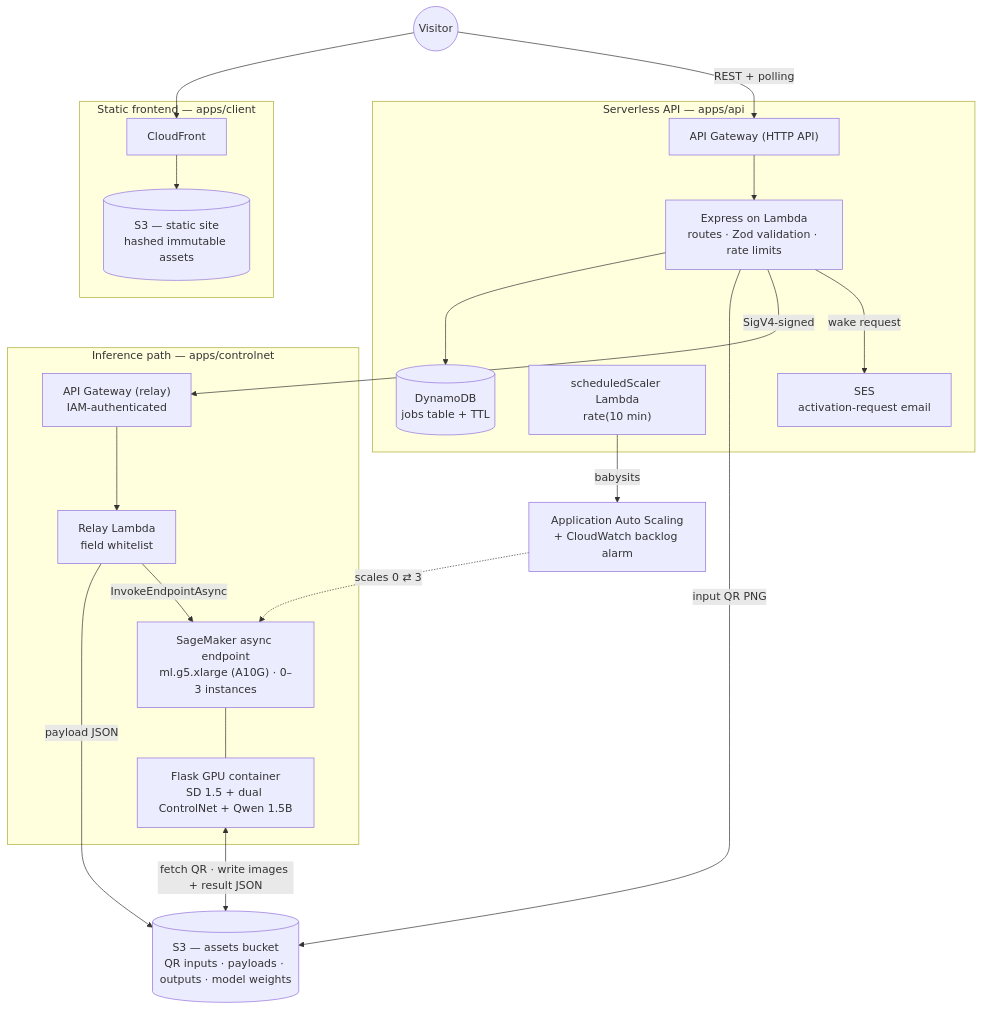
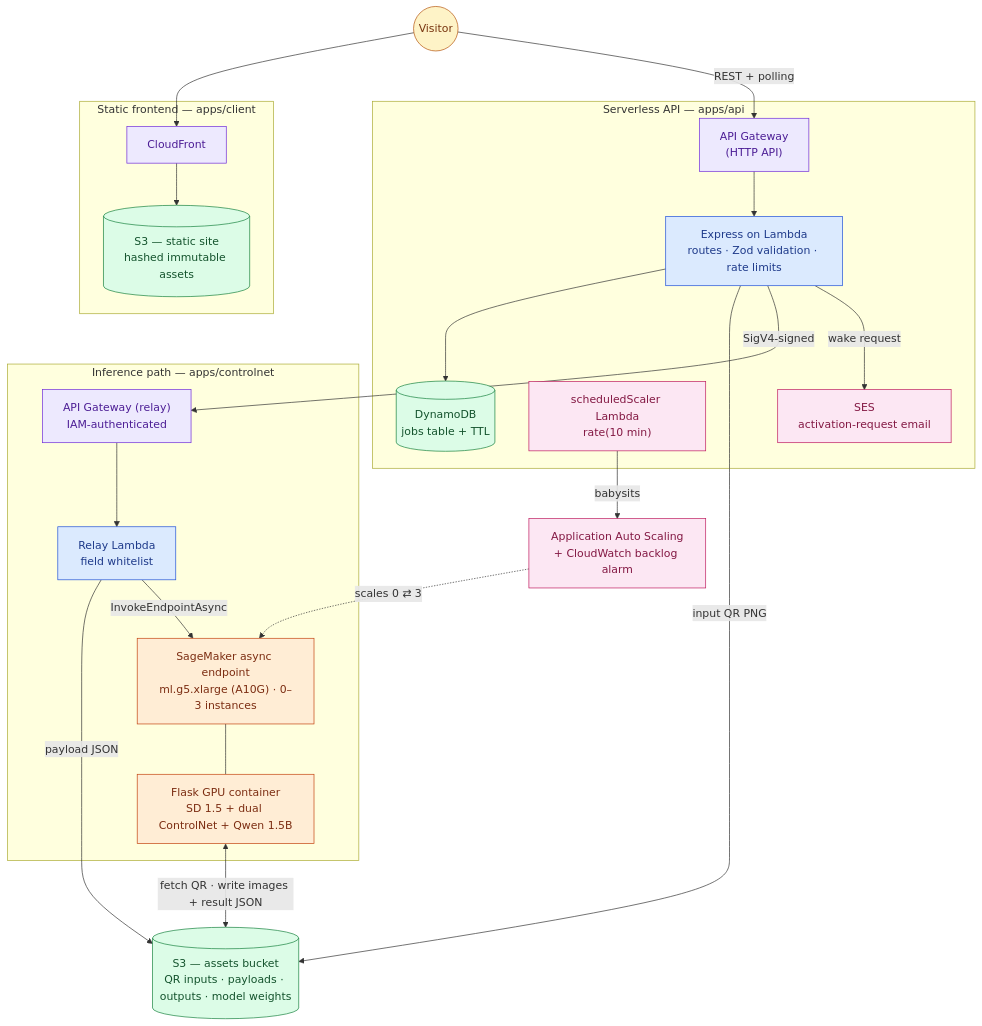
One commit to sergiocrol/qraft changed the first of 6 diagrams in README.md. Above: the diagram before and after it, drawn with Mermaid. The commit also changed other lines of this file and 1 other file, not shown here.

````diff
--- a/README.md
+++ b/README.md
@@ -87,40 +104,54 @@
 ```mermaid
 flowchart TB
     User(("Visitor"))
 
     subgraph Static["Static frontend — apps/client"]
         CF["CloudFront"]
         S3Web[("S3 — static site<br/>hashed immutable assets")]
     end
 
     subgraph Api["Serverless API — apps/api"]
-        APIGW["API Gateway (HTTP API)"]
+        APIGW["API Gateway<br/>(HTTP API)"]
         Express["Express on Lambda<br/>routes · Zod validation · rate limits"]
         DDB[("DynamoDB<br/>jobs table + TTL")]
         Cron["scheduledScaler Lambda<br/>rate(10 min)"]
         SES["SES<br/>activation-request email"]
     end
 
     subgraph Infer["Inference path — apps/controlnet"]
         RelayGW["API Gateway (relay)<br/>IAM-authenticated"]
         Relay["Relay Lambda<br/>field whitelist"]
         SM["SageMaker async endpoint<br/>ml.g5.xlarge (A10G) · 0–3 instances"]
         Container["Flask GPU container<br/>SD 1.5 + dual ControlNet + Qwen 1.5B"]
     end
 
     S3A[("S3 — assets bucket<br/>QR inputs · payloads · outputs · model weights")]
     AAS["Application Auto Scaling<br/>+ CloudWatch backlog alarm"]
 
     User --> CF --> S3Web
     User -- "REST + polling" --> APIGW --> Express
     Express --> DDB
     Express -- "input QR PNG" --> S3A
     Express -- "SigV4-signed" --> RelayGW --> Relay
     Relay -- "payload JSON" --> S3A
     Relay -- "InvokeEndpointAsync" --> SM
     SM --- Container
     Container <-- "fetch QR · write images + result JSON" --> S3A
     Express -- "wake request" --> SES
     Cron -- "babysits" --> AAS
     AAS -. "scales 0 ⇄ 3" .-> SM
+
+    classDef person fill:#fef3c7,stroke:#b45309,color:#78350f
+    classDef edge fill:#ede9fe,stroke:#6d28d9,color:#4c1d95
+    classDef compute fill:#dbeafe,stroke:#1d4ed8,color:#1e3a8a
+    classDef data fill:#dcfce7,stroke:#15803d,color:#14532d
+    classDef gpu fill:#ffedd5,stroke:#c2410c,color:#7c2d12
+    classDef ops fill:#fce7f3,stroke:#be185d,color:#831843
+
+    class User person
+    class CF,APIGW,RelayGW edge
+    class Express,Relay compute
+    class S3Web,S3A,DDB data
+    class SM,Container gpu
+    class Cron,AAS,SES ops
 ```
````
